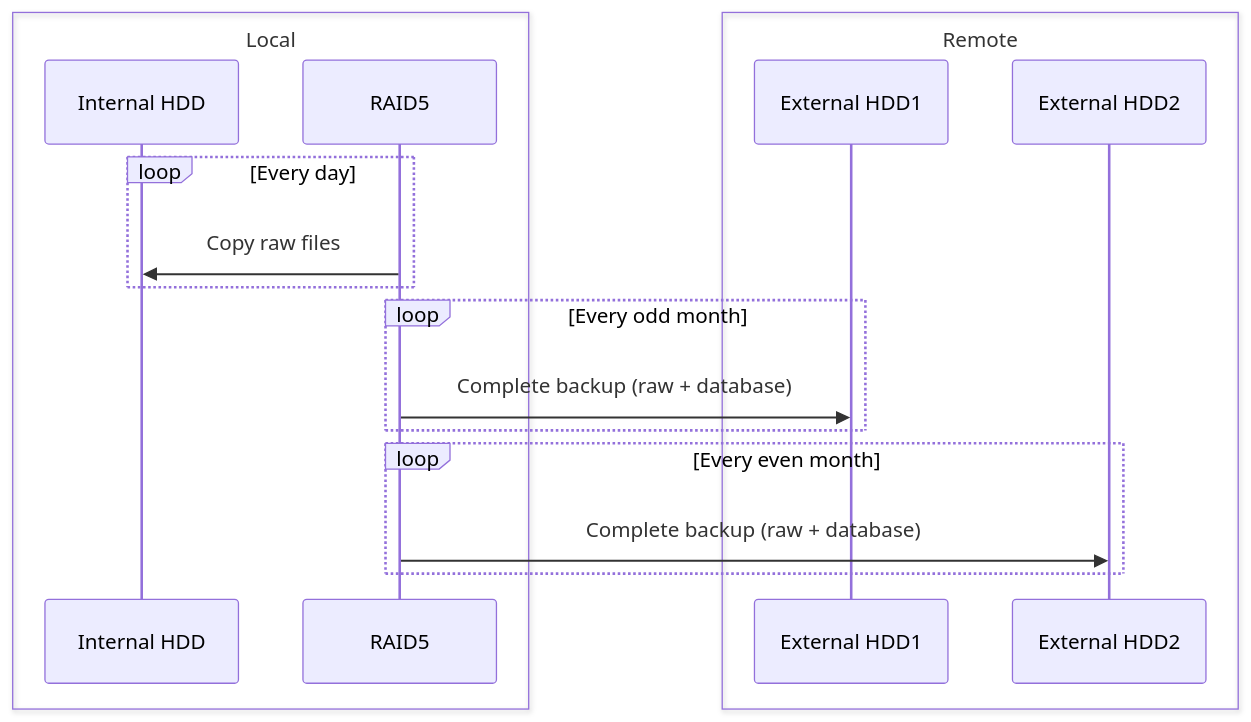
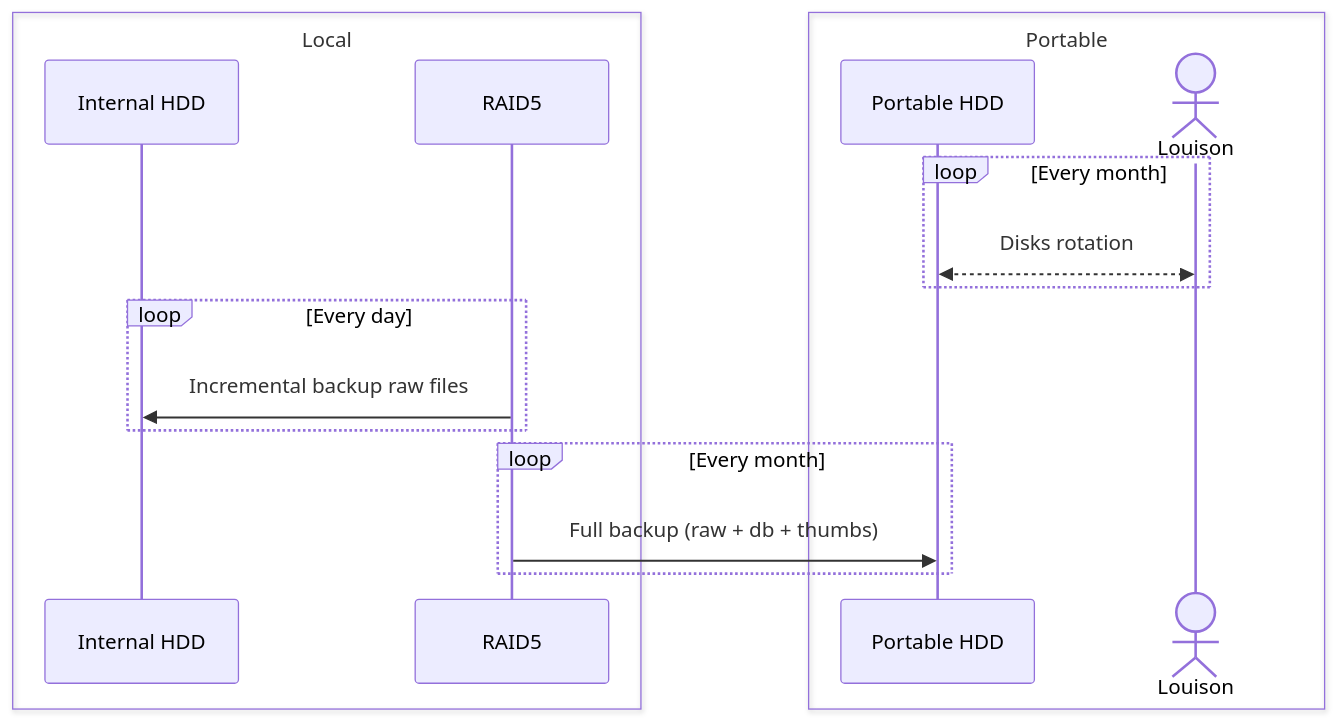
The first of 2 diagrams in docs/blog/posts/backup.md (louisonsarlinmagnus/homelab), drawn with Mermaid before and after one commit. The commit also changed other lines of this file and 2 other files, not shown here.

Commit message:
dev: changing backup strategy

````diff
--- a/docs/blog/posts/backup.md
+++ b/docs/blog/posts/backup.md
@@ -33,20 +33,20 @@
 ```mermaid
 sequenceDiagram
     box Local
         participant Internal HDD
         participant RAID5
     end
-    box Remote
-        participant External HDD1
-        participant External HDD2
+    box Portable
+        participant Portable HDD
+        actor Louison
+    end
+    loop Every month
+        Louison<<-->>Portable HDD: Disks rotation
     end
     loop Every day
-        RAID5->>Internal HDD: Copy raw files
+        RAID5->>Internal HDD: Incremental backup raw files
     end
-    loop Every odd month
-        RAID5->>External HDD1: Complete backup (raw + database)
-    end
-    loop Every even month
-        RAID5->>External HDD2: Complete backup (raw + database)
+    loop Every month
+        RAID5->>Portable HDD: Full backup (raw + db + thumbs)
     end
 ```
````
